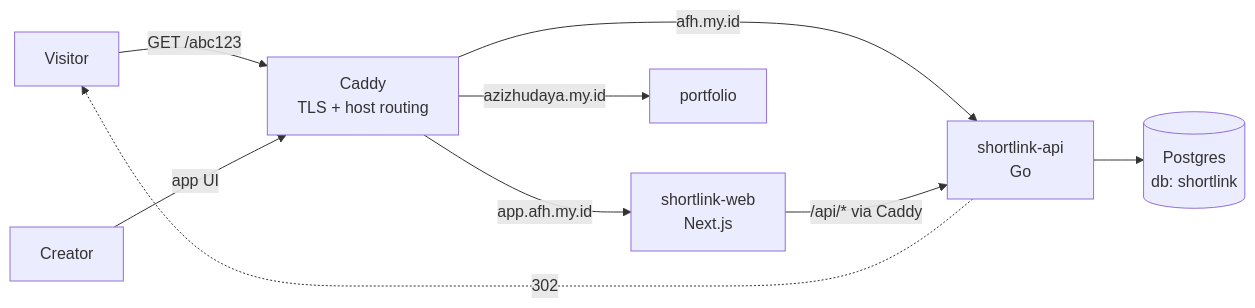
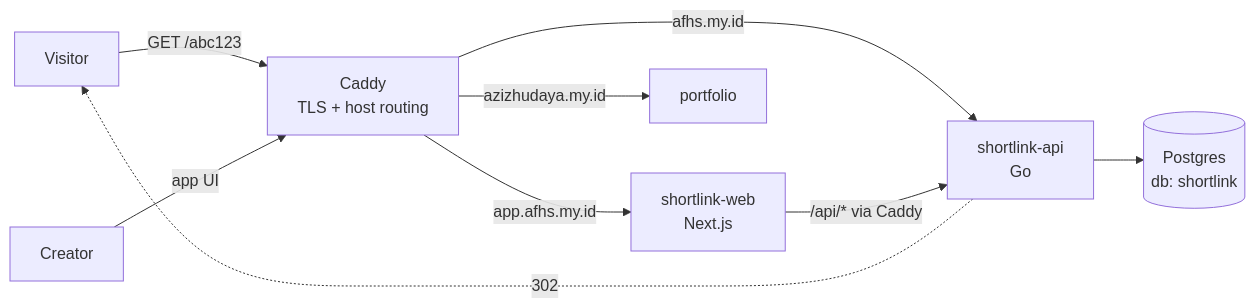
One commit to azizhudaya/shortlink changed the first of 2 diagrams in docs/PRD-shortlink-v2.md. Above: the diagram before and after it, drawn with Mermaid. The commit also changed other lines of this file and 16 other files, not shown here.

````diff
--- a/docs/PRD-shortlink-v2.md
+++ b/docs/PRD-shortlink-v2.md
@@ -431,11 +432,11 @@
 ```mermaid
 flowchart LR
     V[Visitor] -->|GET /abc123| CD[Caddy<br/>TLS + host routing]
     C[Creator] -->|app UI| CD
-    CD -->|afh.my.id| API[shortlink-api<br/>Go]
-    CD -->|app.afh.my.id| WEB[shortlink-web<br/>Next.js]
+    CD -->|afhs.my.id| API[shortlink-api<br/>Go]
+    CD -->|app.afhs.my.id| WEB[shortlink-web<br/>Next.js]
     CD -->|azizhudaya.my.id| P[portfolio]
     WEB -->|/api/* via Caddy| API
     API --> PG[(Postgres<br/>db: shortlink)]
     API -.->|302| V
 ```
````
